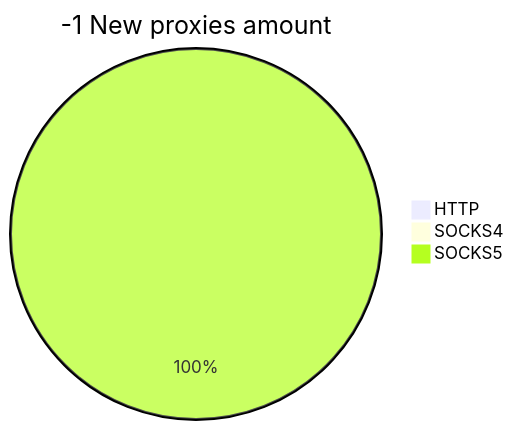
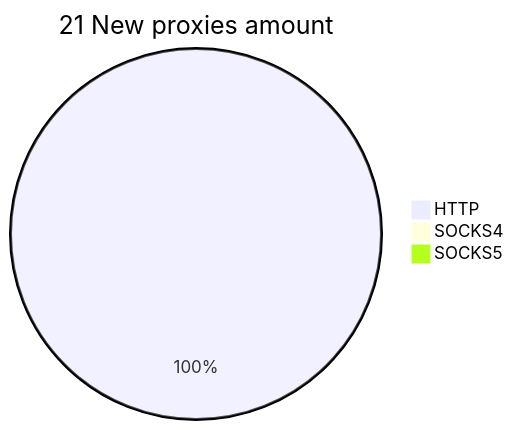
Before and after one commit to cutipu/proxylist: the second of 2 diagrams in README.md, drawn with Mermaid. The commit also changed other lines of this file, not shown here.

````diff
--- a/README.md
+++ b/README.md
@@ -10,6 +10,6 @@
 ```mermaid
-pie title -1 New proxies amount
-    "HTTP" : 0
+pie title 21 New proxies amount
+    "HTTP" : 109
     "SOCKS4" : 0
-    "SOCKS5" : 2
+    "SOCKS5" : 0
 ```
````
